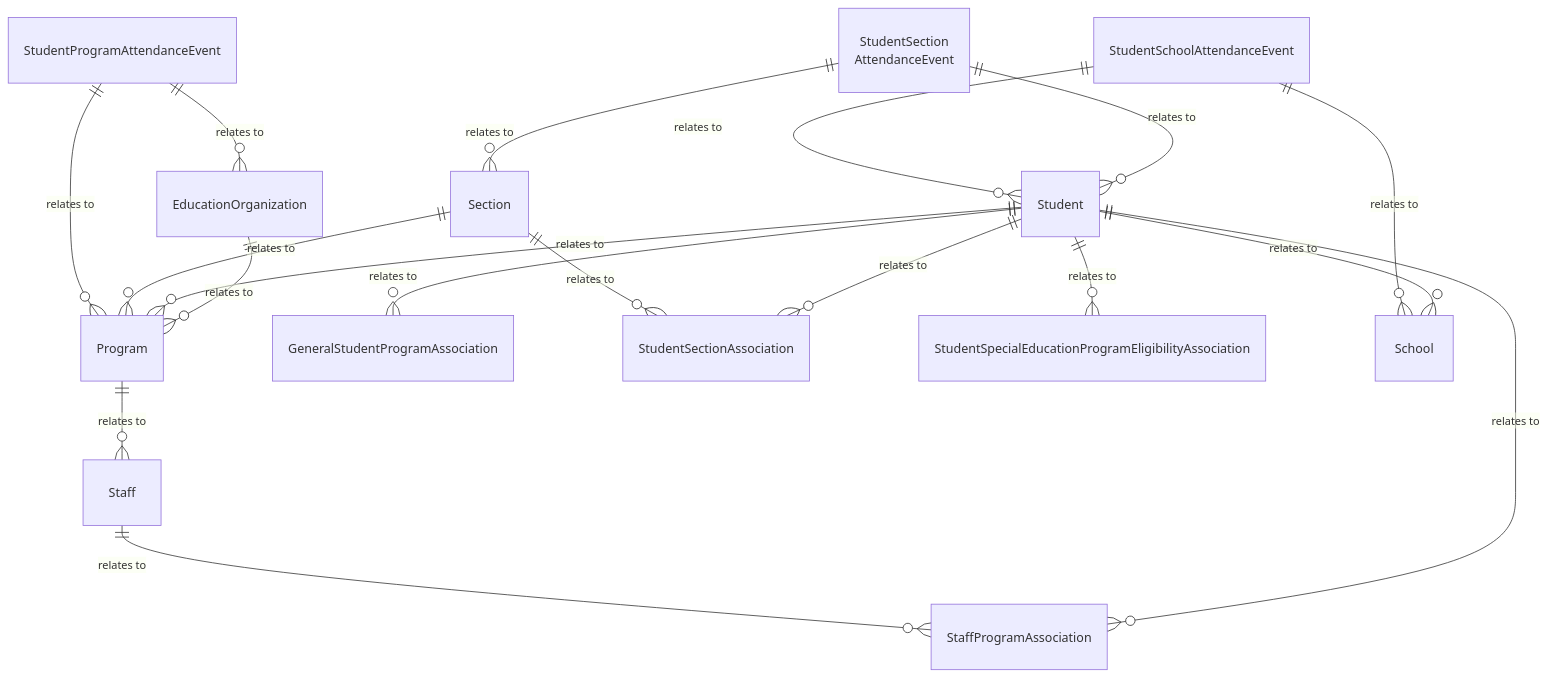
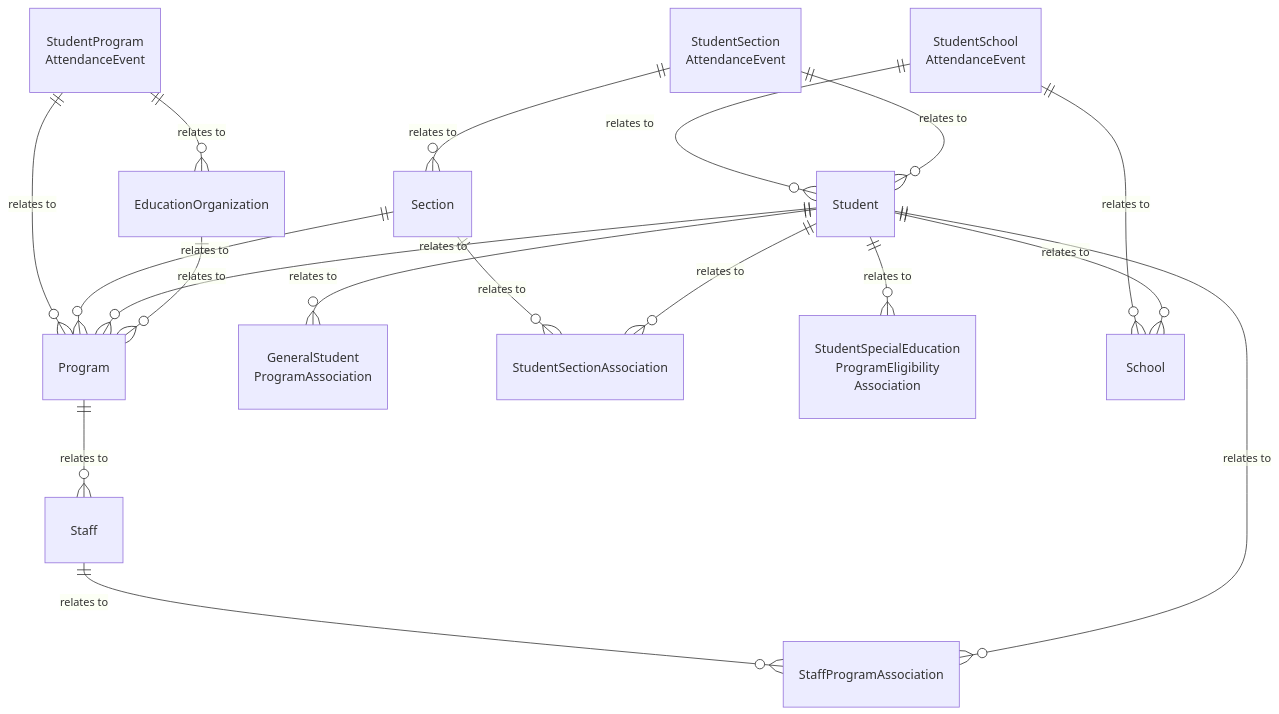
One commit to Ed-Fi-Alliance-OSS/ed-fi-alliance-oss.github.io changed the first of 2 diagrams in dataStandard_versioned_docs/version-6/model-reference/alternative-and-supplemental-services-domain/model-diagrams.md. Above: the diagram before and after it, drawn with Mermaid. The commit also changed other lines of this file, not shown here.

````diff
--- a/dataStandard_versioned_docs/version-6/model-reference/alternative-and-supplemental-services-domain/model-diagrams.md
+++ b/dataStandard_versioned_docs/version-6/model-reference/alternative-and-supplemental-services-domain/model-diagrams.md
@@ -10,46 +13,46 @@
 ```mermaid
 erDiagram
     Program {
     }
     Staff {
     }
-    GeneralStudentProgramAssociation {
+    GeneralStudentProgramAssociation["GeneralStudent<br/>ProgramAssociation"] {
     }
     StaffProgramAssociation {
     }
     Section {
     }
     StudentSectionAssociation {
     }
     Student {
     }
     EducationOrganization {
     }
     StudentSectionAttendanceEvent["StudentSection<br/>AttendanceEvent"] {
     }
-    StudentSchoolAttendanceEvent {
+    StudentSchoolAttendanceEvent["StudentSchool<br/>AttendanceEvent"] {
     }
-    StudentProgramAttendanceEvent {
+    StudentProgramAttendanceEvent["StudentProgram<br/>AttendanceEvent"] {
     }
-    StudentSpecialEducationProgramEligibilityAssociation {
+    StudentSpecialEducationProgramEligibilityAssociation["StudentSpecialEducation<br/>ProgramEligibility<br/>Association"] {
     }
     School {
     }
     EducationOrganization ||--o{ Program : "relates to"
     Student ||--o{ Program : "relates to"
     Program ||--o{ Staff : "relates to"
     Section ||--o{ Program : "relates to"
     Student ||--o{ School : "relates to"
     Student ||--o{ GeneralStudentProgramAssociation : "relates to"
     Student ||--o{ StaffProgramAssociation : "relates to"
     Staff ||--o{ StaffProgramAssociation : "relates to"
     Student ||--o{ StudentSectionAssociation : "relates to"
     Section ||--o{ StudentSectionAssociation : "relates to"
     Student ||--o{ StudentSpecialEducationProgramEligibilityAssociation : "relates to"
     StudentSectionAttendanceEvent ||--o{ Student : "relates to"
     StudentSectionAttendanceEvent ||--o{ Section : "relates to"
     StudentSchoolAttendanceEvent ||--o{ School : "relates to"
     StudentSchoolAttendanceEvent ||--o{ Student : "relates to"
     StudentProgramAttendanceEvent ||--o{ EducationOrganization : "relates to"
     StudentProgramAttendanceEvent ||--o{ Program : "relates to"
 ```
````
